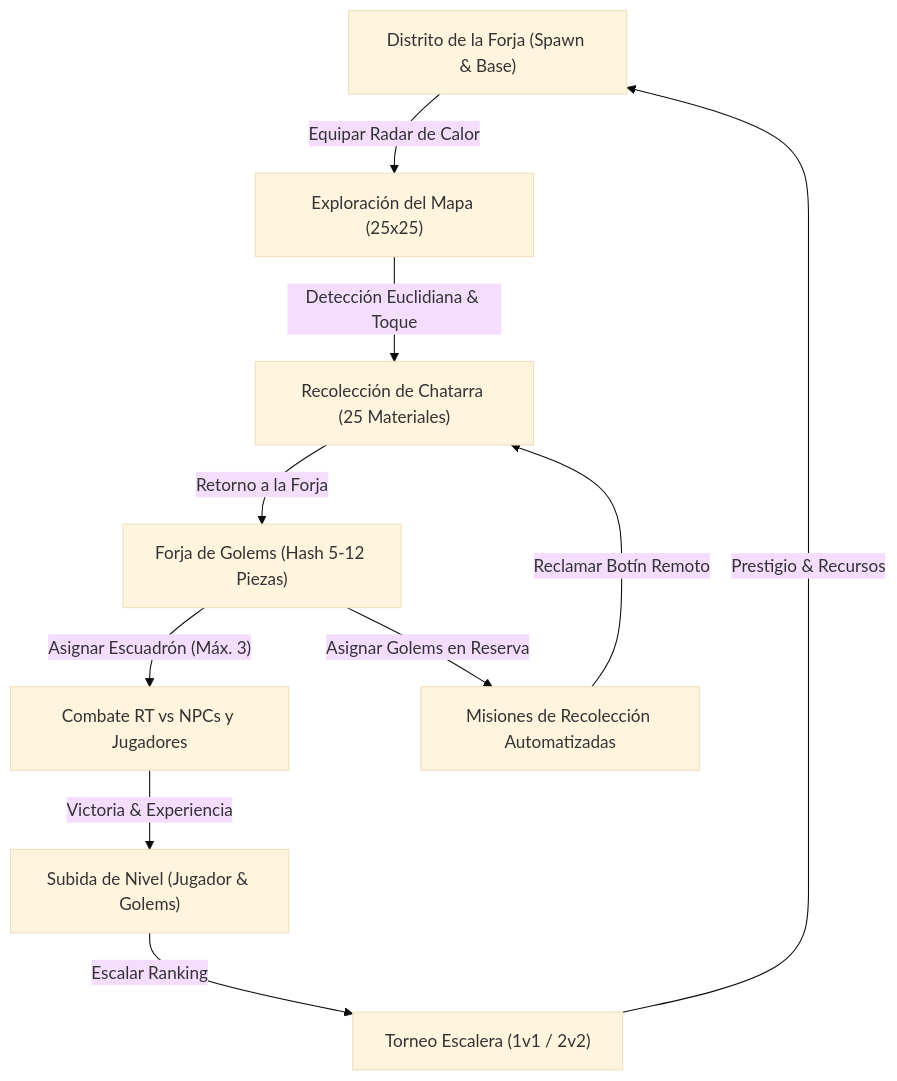
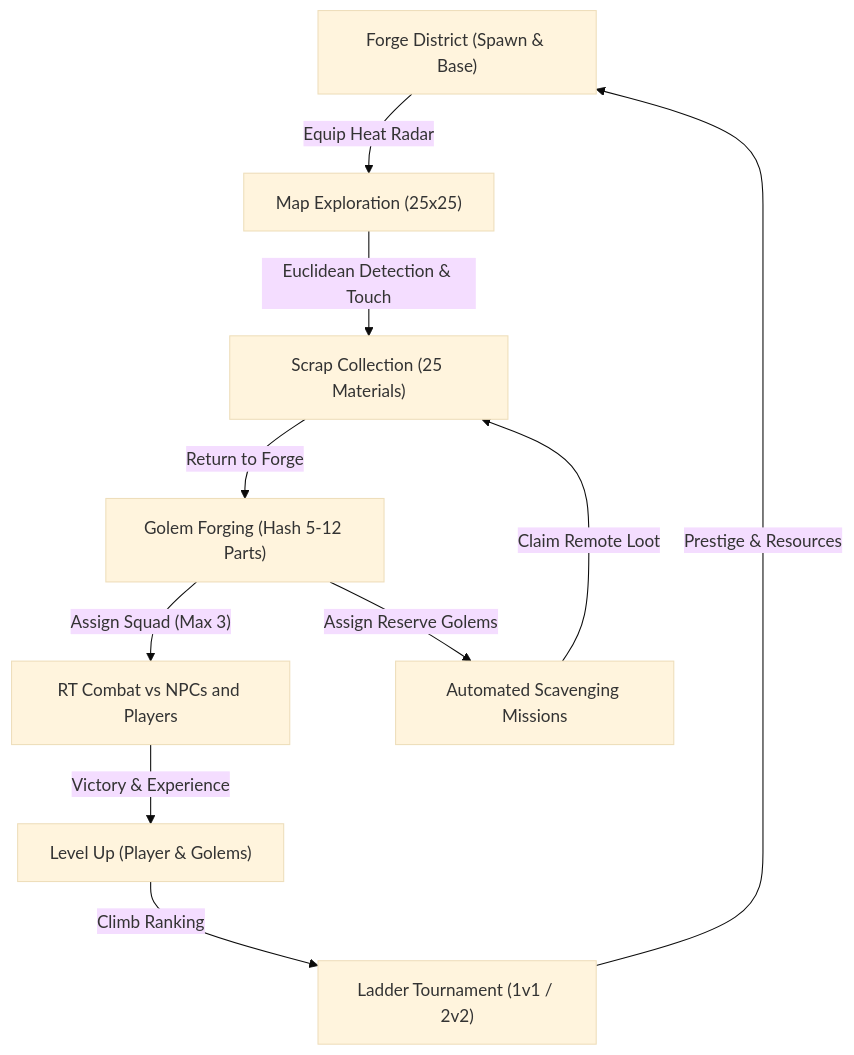
The first of 3 diagrams in README.md (cjbaezilla/Hackathon-Decentraland-Golems-World), drawn with Mermaid (base theme) before and after one commit. The commit also changed other lines of this file and 2 other files, not shown here.

First line of the commit message:
docs: documentación bilingüe ES/EN del GDD y README con nuevos sistemas de juego

````diff
--- a/README.md
+++ b/README.md
@@ -56,12 +60,12 @@
 ```mermaid
 graph TD
-    A["Distrito de la Forja (Spawn & Base)"] -->|"Equipar Radar de Calor"| B["Exploración del Mapa (25x25)"]
-    B -->|"Detección Euclidiana & Toque"| C["Recolección de Chatarra (25 Materiales)"]
-    C -->|"Retorno a la Forja"| D["Forja de Golems (Hash 5-12 Piezas)"]
-    D -->|"Asignar Escuadrón (Máx. 3)"| E["Combate RT vs NPCs y Jugadores"]
-    D -->|"Asignar Golems en Reserva"| F["Misiones de Recolección Automatizadas"]
-    E -->|"Victoria & Experiencia"| G["Subida de Nivel (Jugador & Golems)"]
-    F -->|"Reclamar Botín Remoto"| C
-    G -->|"Escalar Ranking"| H["Torneo Escalera (1v1 / 2v2)"]
-    H -->|"Prestigio & Recursos"| A
+    A["Forge District (Spawn & Base)"] -->|"Equip Heat Radar"| B["Map Exploration (25x25)"]
+    B -->|"Euclidean Detection & Touch"| C["Scrap Collection (25 Materials)"]
+    C -->|"Return to Forge"| D["Golem Forging (Hash 5-12 Parts)"]
+    D -->|"Assign Squad (Max 3)"| E["RT Combat vs NPCs and Players"]
+    D -->|"Assign Reserve Golems"| F["Automated Scavenging Missions"]
+    E -->|"Victory & Experience"| G["Level Up (Player & Golems)"]
+    F -->|"Claim Remote Loot"| C
+    G -->|"Climb Ranking"| H["Ladder Tournament (1v1 / 2v2)"]
+    H -->|"Prestige & Resources"| A
 ```
````
